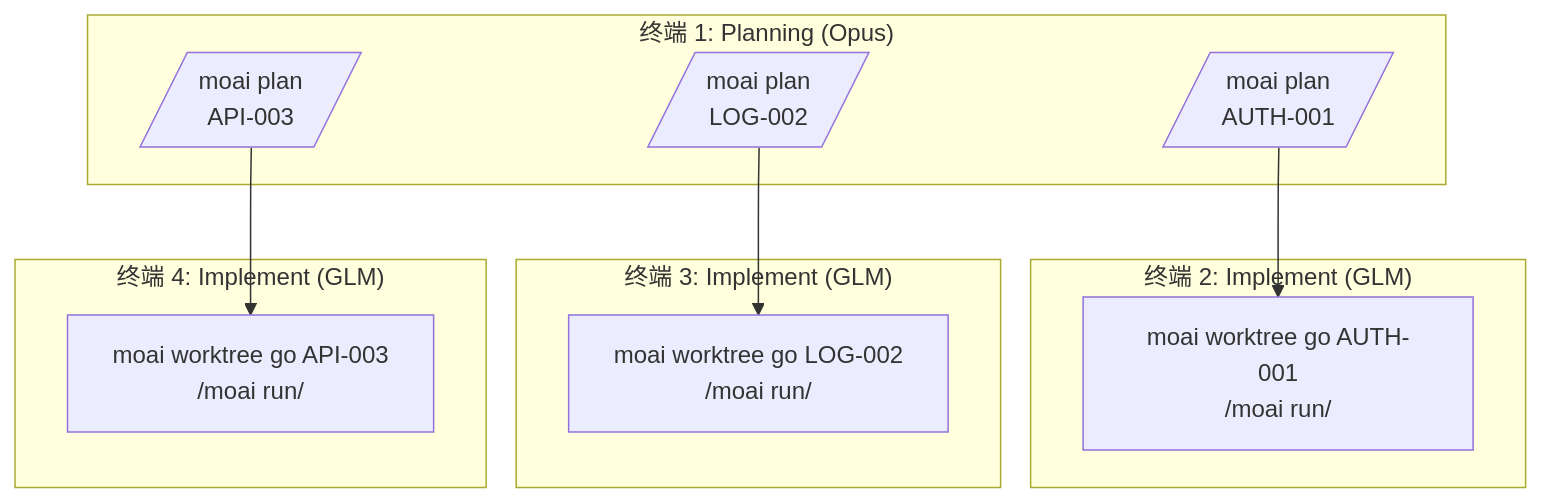
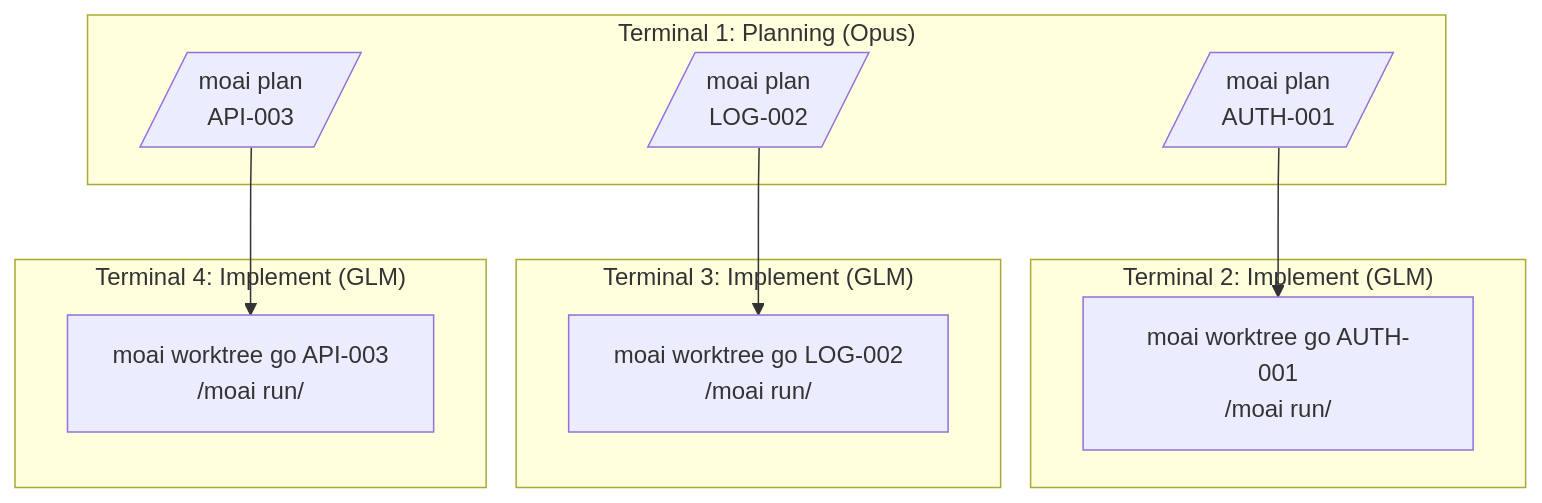
Before and after one commit to gabrielmoreira/agent-skills-mirror: the first of 4 diagrams in mirrors/repos/modu-ai@moai-adk/docs-site/content/zh/worktree/examples.md, drawn with Mermaid. The commit also changed other lines of this file and 2470 other files, not shown here.

````diff
--- a/mirrors/repos/modu-ai@moai-adk/docs-site/content/zh/worktree/examples.md
+++ b/mirrors/repos/modu-ai@moai-adk/docs-site/content/zh/worktree/examples.md
@@ -185,24 +192,24 @@
 ```mermaid
-flowchart TD
-    subgraph T1["终端 1: Planning (Opus)"]
+graph TB
+    subgraph T1["Terminal 1: Planning (Opus)"]
         P1[/moai plan<br/>AUTH-001/]
         P2[/moai plan<br/>LOG-002/]
         P3[/moai plan<br/>API-003/]
     end
 
-    subgraph T2["终端 2: Implement (GLM)"]
+    subgraph T2["Terminal 2: Implement (GLM)"]
         I1[moai worktree go AUTH-001<br/>/moai run/]
     end
 
-    subgraph T3["终端 3: Implement (GLM)"]
+    subgraph T3["Terminal 3: Implement (GLM)"]
         I2[moai worktree go LOG-002<br/>/moai run/]
     end
 
-    subgraph T4["终端 4: Implement (GLM)"]
+    subgraph T4["Terminal 4: Implement (GLM)"]
         I3[moai worktree go API-003<br/>/moai run/]
     end
 
     P1 --> I1
     P2 --> I2
     P3 --> I3
 ```
````
